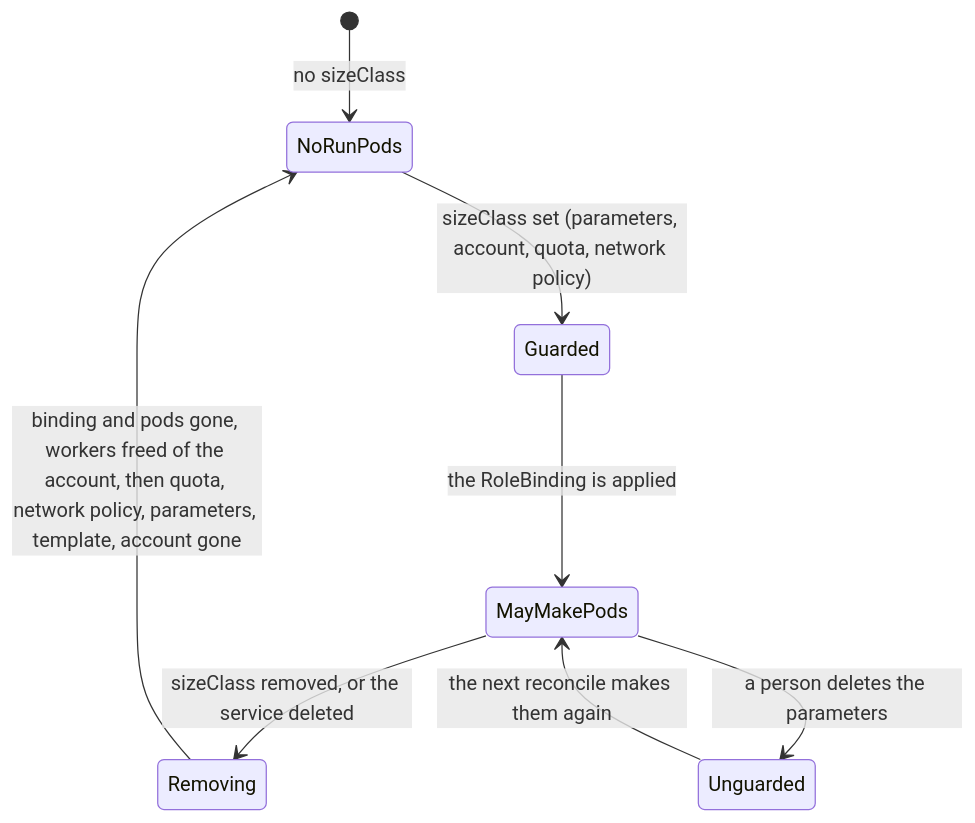
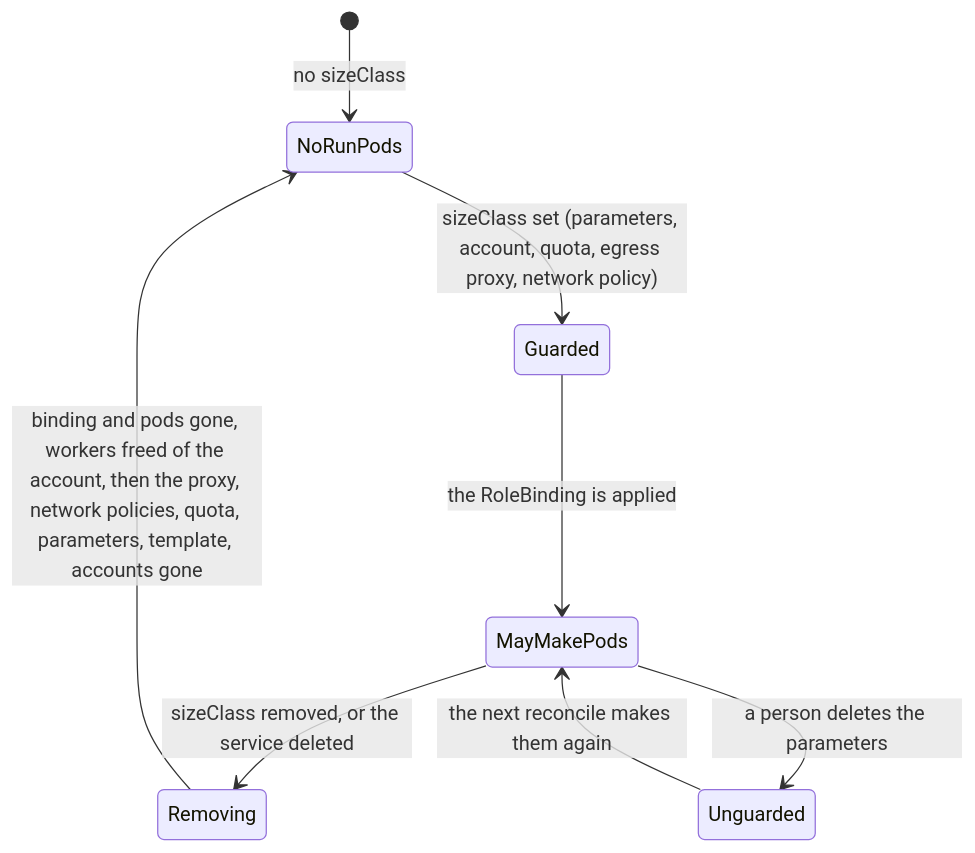
The third of 4 diagrams in deploy/operator/README.md (vymalo/another-agentic-platform), drawn with Mermaid before and after one commit. The commit also changed other lines of this file and 53 other files, not shown here.

First line of the commit message:
feat(operator): the egress proxy of run pods, and their network deny by default (D15c) (#42)

````diff
--- a/deploy/operator/README.md
+++ b/deploy/operator/README.md
@@ -145,10 +146,10 @@
 ```mermaid
 stateDiagram-v2
   [*] --> NoRunPods: no sizeClass
-  NoRunPods --> Guarded: sizeClass set (parameters, account, quota, network policy)
+  NoRunPods --> Guarded: sizeClass set (parameters, account, quota, egress proxy, network policy)
   Guarded --> MayMakePods: the RoleBinding is applied
   MayMakePods --> Removing: sizeClass removed, or the service deleted
-  Removing --> NoRunPods: binding and pods gone, workers freed of the account, then quota, network policy, parameters, template, account gone
+  Removing --> NoRunPods: binding and pods gone, workers freed of the account, then the proxy, network policies, quota, parameters, template, accounts gone
   MayMakePods --> Unguarded: a person deletes the parameters
   Unguarded --> MayMakePods: the next reconcile makes them again
 ```
````
